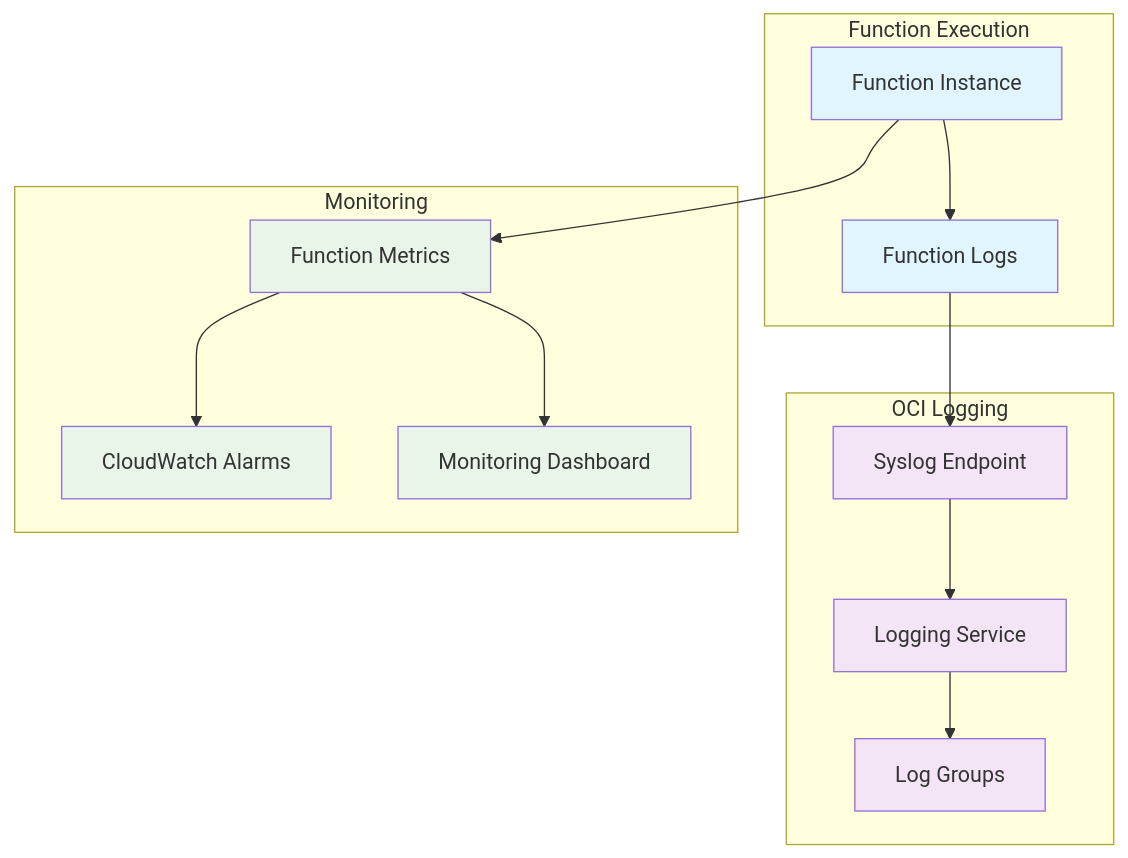
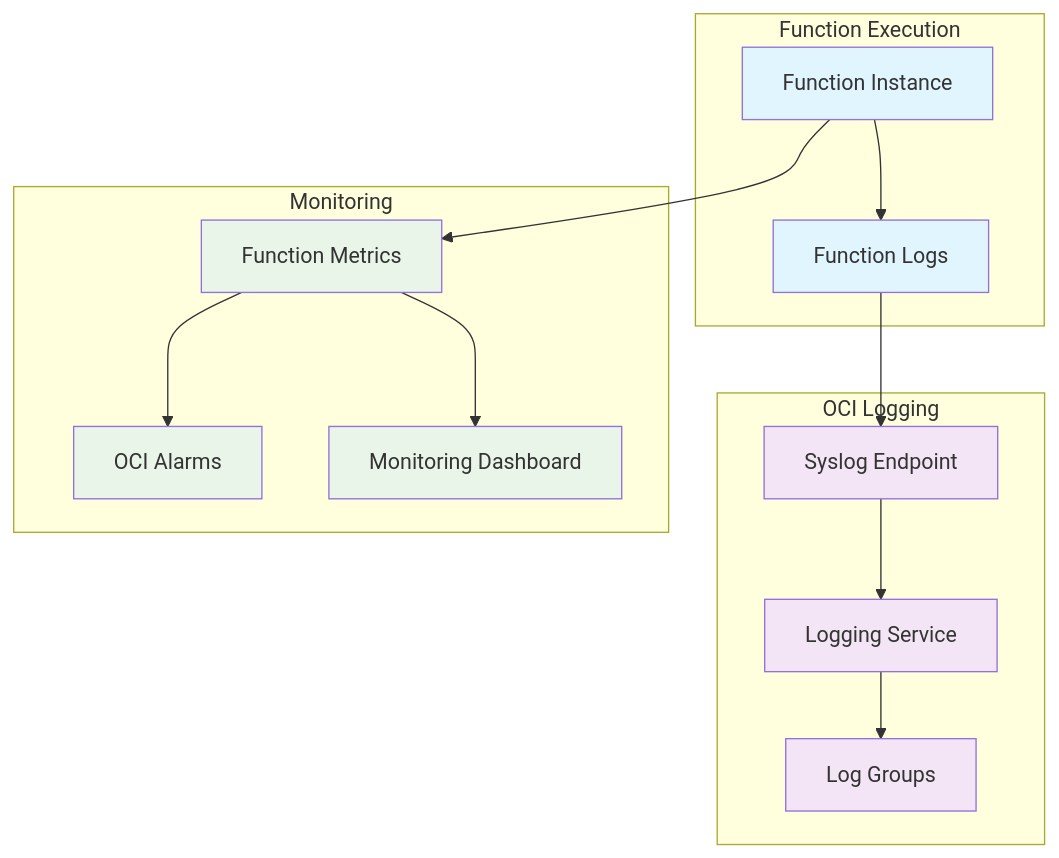
Before and after one commit to adibirzu/oci-scheduled-report-automation: diagram 12 of 12 in ARCHITECTURE.md, drawn with Mermaid.

````diff
--- a/ARCHITECTURE.md
+++ b/ARCHITECTURE.md
@@ -394,36 +394,36 @@
 ```mermaid
 graph TB
     subgraph "Function Execution"
         FN[Function Instance]
         LOGS[Function Logs]
     end
     
     subgraph "OCI Logging"
         SYSLOG[Syslog Endpoint]
         LOG_SERVICE[Logging Service]
         LOG_GROUPS[Log Groups]
     end
     
     subgraph "Monitoring"
         METRICS[Function Metrics]
-        ALARMS[CloudWatch Alarms]
+        ALARMS[OCI Alarms]
         DASHBOARD[Monitoring Dashboard]
     end
     
     FN --> LOGS
     LOGS --> SYSLOG
     SYSLOG --> LOG_SERVICE
     LOG_SERVICE --> LOG_GROUPS
     
     FN --> METRICS
     METRICS --> ALARMS
     METRICS --> DASHBOARD
     
     classDef function fill:#e1f5fe
     classDef logging fill:#f3e5f5
     classDef monitoring fill:#e8f5e8
     
     class FN,LOGS function
     class SYSLOG,LOG_SERVICE,LOG_GROUPS logging
     class METRICS,ALARMS,DASHBOARD monitoring
 ```
````
